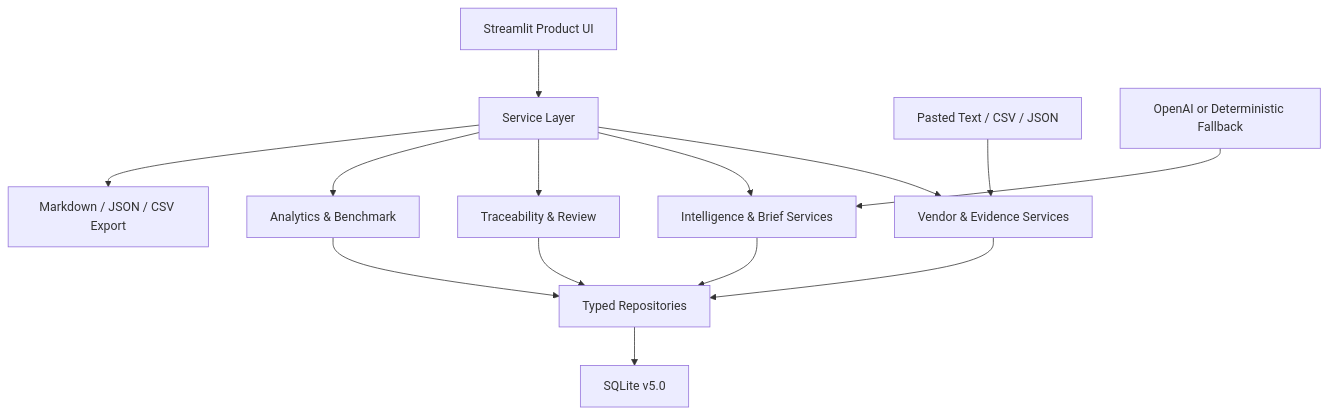
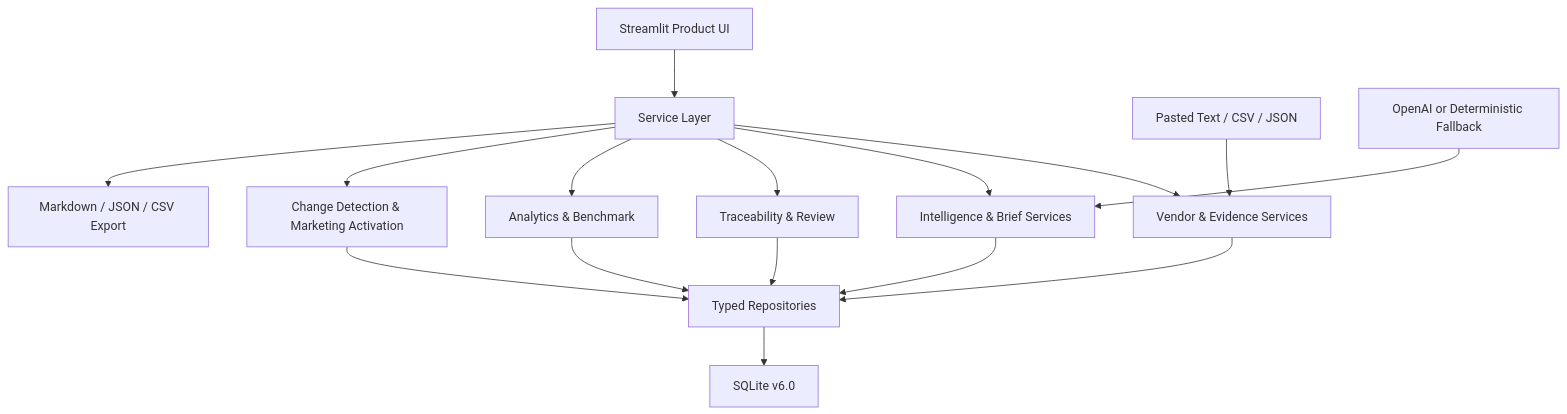
Before and after one commit to zhengyb-hub/healthcare-market-intelligence-agent: the second of 2 diagrams in README.md, drawn with Mermaid. The commit also changed other lines of this file and 22 other files, not shown here.

Commit message:
Add evidence-grounded marketing activation release

````diff
--- a/README.md
+++ b/README.md
@@ -98,16 +108,18 @@
 ```mermaid
 flowchart TB
     UI["Streamlit Product UI"] --> SERVICES["Service Layer"]
     SERVICES --> FOUNDATION["Vendor & Evidence Services"]
     SERVICES --> INTEL["Intelligence & Brief Services"]
     SERVICES --> TRACE["Traceability & Review"]
     SERVICES --> ANALYTICS["Analytics & Benchmark"]
+    SERVICES --> ACTIVATION["Change Detection & Marketing Activation"]
     SERVICES --> EXPORT["Markdown / JSON / CSV Export"]
     FOUNDATION --> REPOS["Typed Repositories"]
     INTEL --> REPOS
     TRACE --> REPOS
     ANALYTICS --> REPOS
-    REPOS --> DB["SQLite v5.0"]
+    ACTIVATION --> REPOS
+    REPOS --> DB["SQLite v6.0"]
     INGEST["Pasted Text / CSV / JSON"] --> FOUNDATION
     AI["OpenAI or Deterministic Fallback"] --> INTEL
 ```
````
